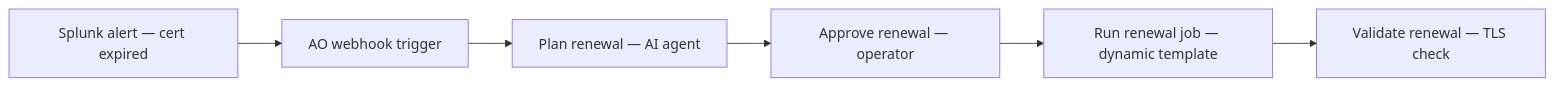
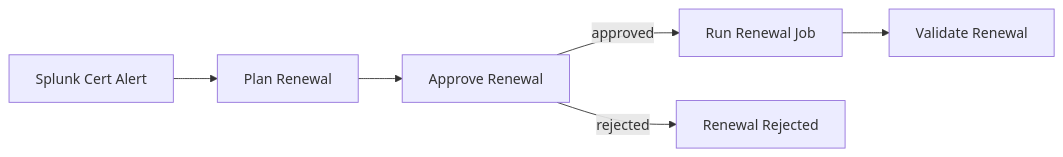
One commit to abwalczyk/aap-orchestrator-demos changed the diagram in cert-rotation/README.md. Above: the diagram before and after it, drawn with Mermaid. The commit also changed 4 other files, not shown here.

First line of the commit message:
Update cert lifecycle diagram to match Anshul's workflow.

````diff
--- a/cert-rotation/README.md
+++ b/cert-rotation/README.md
@@ -22,8 +22,8 @@
 ```mermaid
 flowchart LR
-  A[Splunk alert — cert expired] --> B[AO webhook trigger]
-  B --> C[Plan renewal — AI agent]
-  C --> D[Approve renewal — operator]
-  D --> E[Run renewal job — dynamic template]
-  E --> F[Validate renewal — TLS check]
+  A[Splunk Cert Alert] --> B[Plan Renewal]
+  B --> C[Approve Renewal]
+  C -->|approved| D[Run Renewal Job]
+  C -->|rejected| E[Renewal Rejected]
+  D --> F[Validate Renewal]
 ```
````
